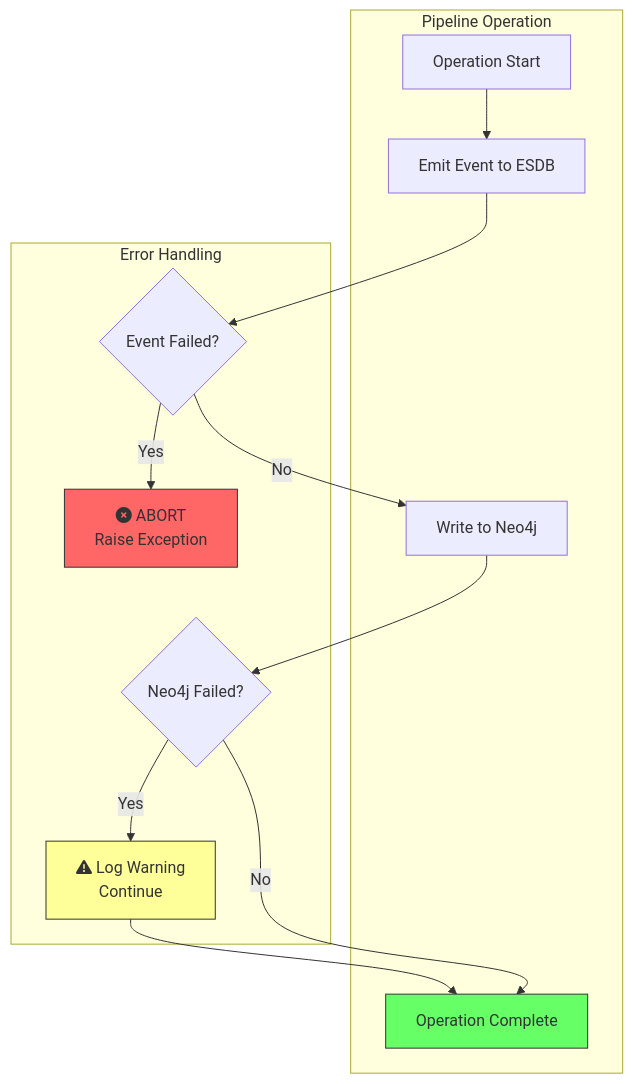
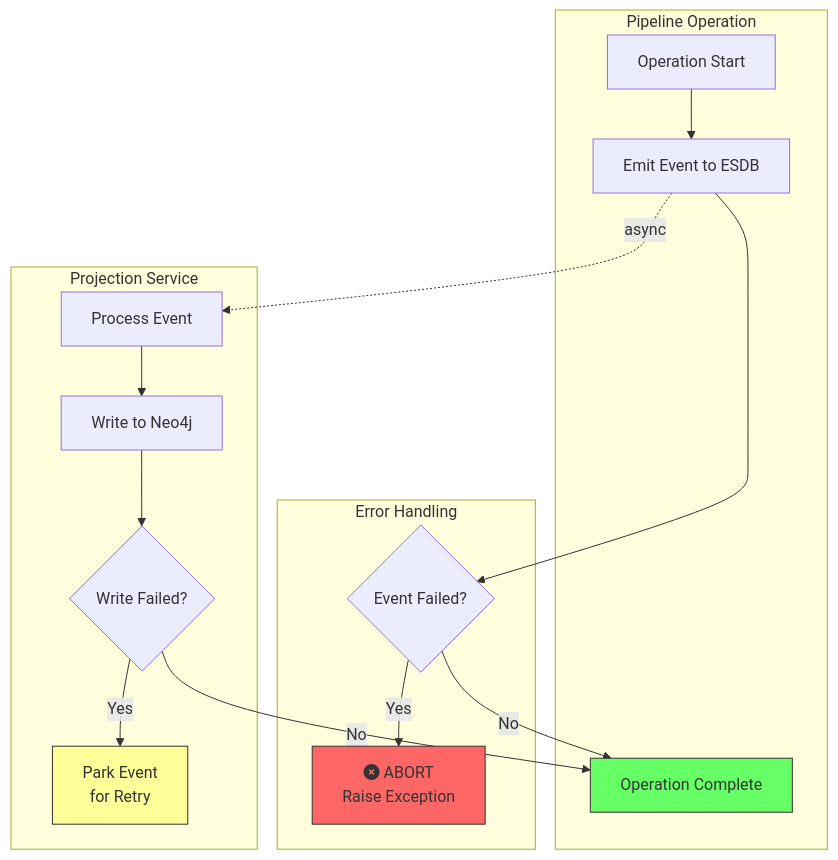
Before and after one commit to DigitalCowboyN/interview_analyzer_chaining: the fifth of 5 diagrams in docs/architecture/data-flow.md, drawn with Mermaid. The commit also changed other lines of this file and 1 other file, not shown here.

Commit message:
Update architecture docs for single-writer architecture (M3.0)
- Remove dual-write references from event-sourcing.md
- Update data-flow.md to show event-first persistence
- Update error handling diagram to show projection service flow
- Clarify projection service is sole writer to Neo4j

````diff
--- a/docs/architecture/data-flow.md
+++ b/docs/architecture/data-flow.md
@@ -212,26 +210,32 @@
 ```mermaid
 flowchart TD
     subgraph Pipeline["Pipeline Operation"]
         op[Operation Start]
         emit[Emit Event to ESDB]
-        write_neo4j[Write to Neo4j]
         complete[Operation Complete]
     end
 
     subgraph Errors["Error Handling"]
         event_fail{Event Failed?}
-        neo4j_fail{Neo4j Failed?}
         abort[fa:fa-times-circle ABORT<br/>Raise Exception]
-        log_warn[fa:fa-exclamation-triangle Log Warning<br/>Continue]
+    end
+
+    subgraph Projection["Projection Service"]
+        proj[Process Event]
+        neo4j_write[Write to Neo4j]
+        proj_fail{Write Failed?}
+        park[Park Event<br/>for Retry]
     end
 
     op --> emit --> event_fail
     event_fail -->|Yes| abort
-    event_fail -->|No| write_neo4j --> neo4j_fail
-    neo4j_fail -->|Yes| log_warn --> complete
-    neo4j_fail -->|No| complete
+    event_fail -->|No| complete
+
+    emit -.->|async| proj --> neo4j_write --> proj_fail
+    proj_fail -->|Yes| park
+    proj_fail -->|No| complete
 
     style abort fill:#f66,stroke:#333
-    style log_warn fill:#ff9,stroke:#333
+    style park fill:#ff9,stroke:#333
     style complete fill:#6f6,stroke:#333
 ```
````
